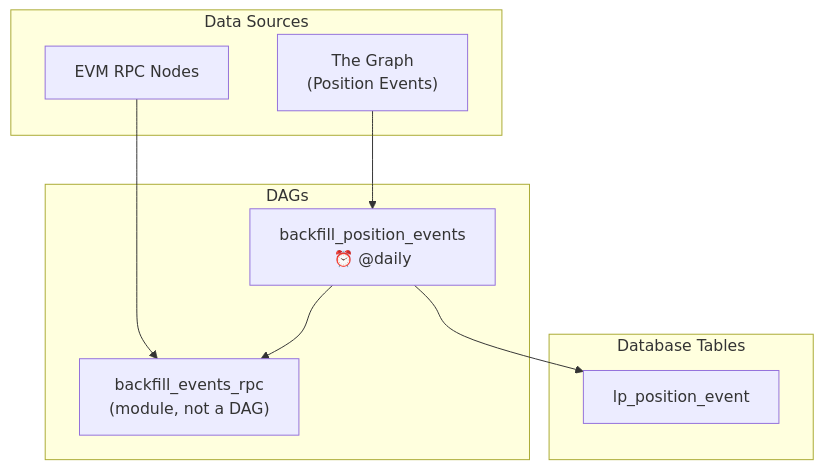
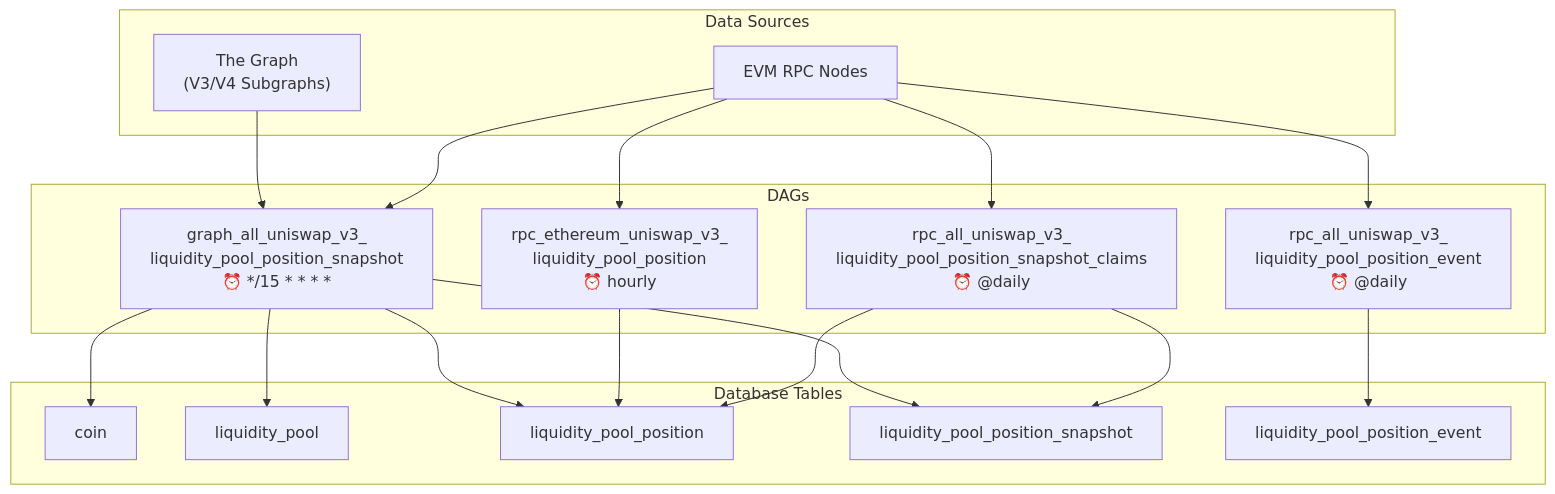
One commit to bekisz/chaintelligence changed the fifth of 6 diagrams in chain-feeder/docs/DAGS.md. Above: the diagram before and after it, drawn with Mermaid. The commit also changed other lines of this file and 47 other files, not shown here.

````diff
--- a/chain-feeder/docs/DAGS.md
+++ b/chain-feeder/docs/DAGS.md
@@ -299,22 +300,37 @@
 ```mermaid
 graph TD
     subgraph Sources["Data Sources"]
-        RPC_E["EVM RPC Nodes"]
-        GRAPH_E["The Graph<br/>(Position Events)"]
+        GRAPH["The Graph<br/>(V3/V4 Subgraphs)"]
+        RPC_N["EVM RPC Nodes"]
     end
 
     subgraph DAGs["DAGs"]
-        BE_DAG["backfill_position_events<br/>⏰ @daily"]
-        BE_RPC["backfill_events_rpc<br/>(module, not a DAG)"]
+        SNAP["graph_all_uniswap_v3_<br/>liquidity_pool_position_snapshot<br/>⏰ */15 * * * *"]
+        RPC_LP["rpc_ethereum_uniswap_v3_<br/>liquidity_pool_position<br/>⏰ hourly"]
+        CLAIMS["rpc_all_uniswap_v3_<br/>liquidity_pool_position_snapshot_claims<br/>⏰ @daily"]
+        EVENTS["rpc_all_uniswap_v3_<br/>liquidity_pool_position_event<br/>⏰ @daily"]
     end
 
-    GRAPH_E --> BE_DAG
-    RPC_E --> BE_RPC
-    BE_DAG --> BE_RPC
+    GRAPH --> SNAP
+    RPC_N --> SNAP
+    RPC_N --> RPC_LP
+    RPC_N --> CLAIMS
+    RPC_N --> EVENTS
 
     subgraph Tables["Database Tables"]
-        EVT_T["lp_position_event"]
+        COIN["coin"]
+        POOL["liquidity_pool"]
+        POS["liquidity_pool_position"]
+        SNAP_T["liquidity_pool_position_snapshot"]
+        EVT_T["liquidity_pool_position_event"]
     end
 
-    BE_DAG --> EVT_T
+    SNAP --> COIN
+    SNAP --> POOL
+    SNAP --> POS
+    SNAP --> SNAP_T
+    RPC_LP --> POS
+    CLAIMS --> SNAP_T
+    CLAIMS --> POS
+    EVENTS --> EVT_T
 ```
````
